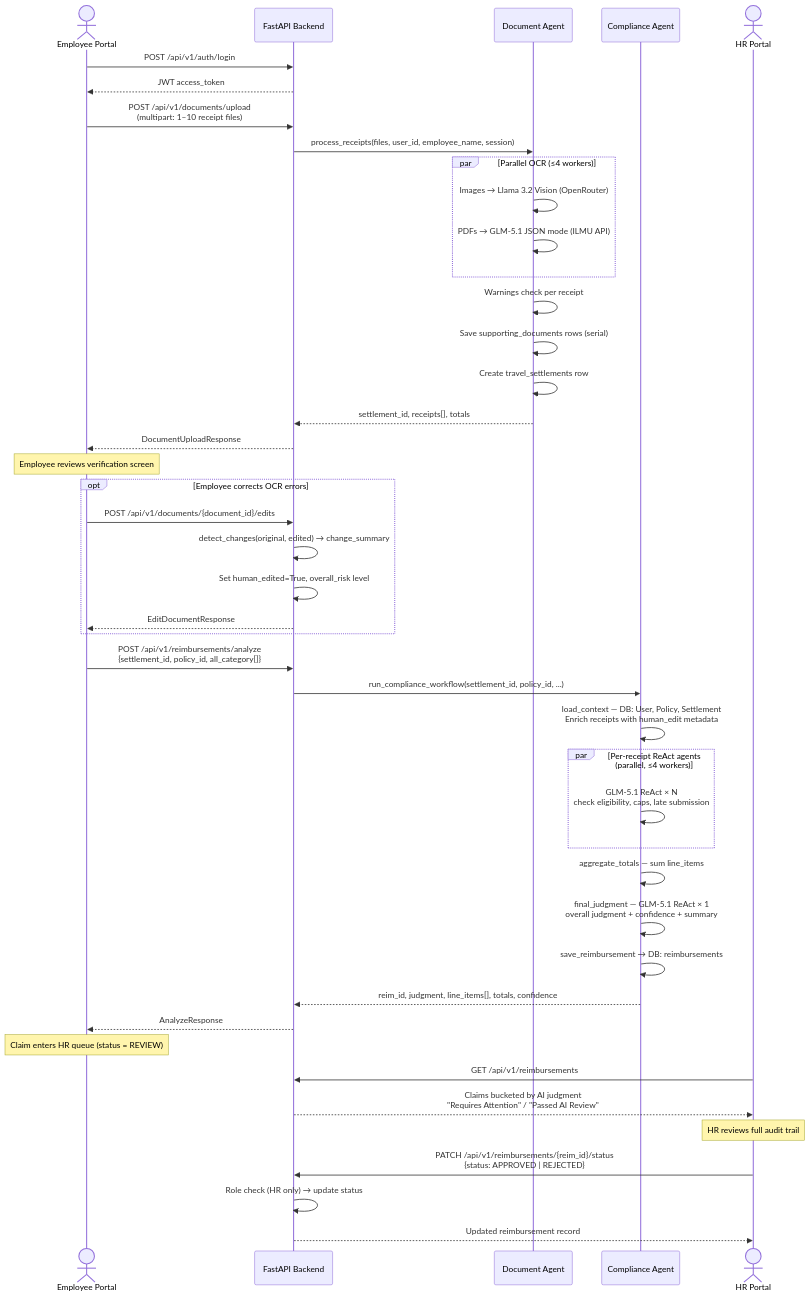
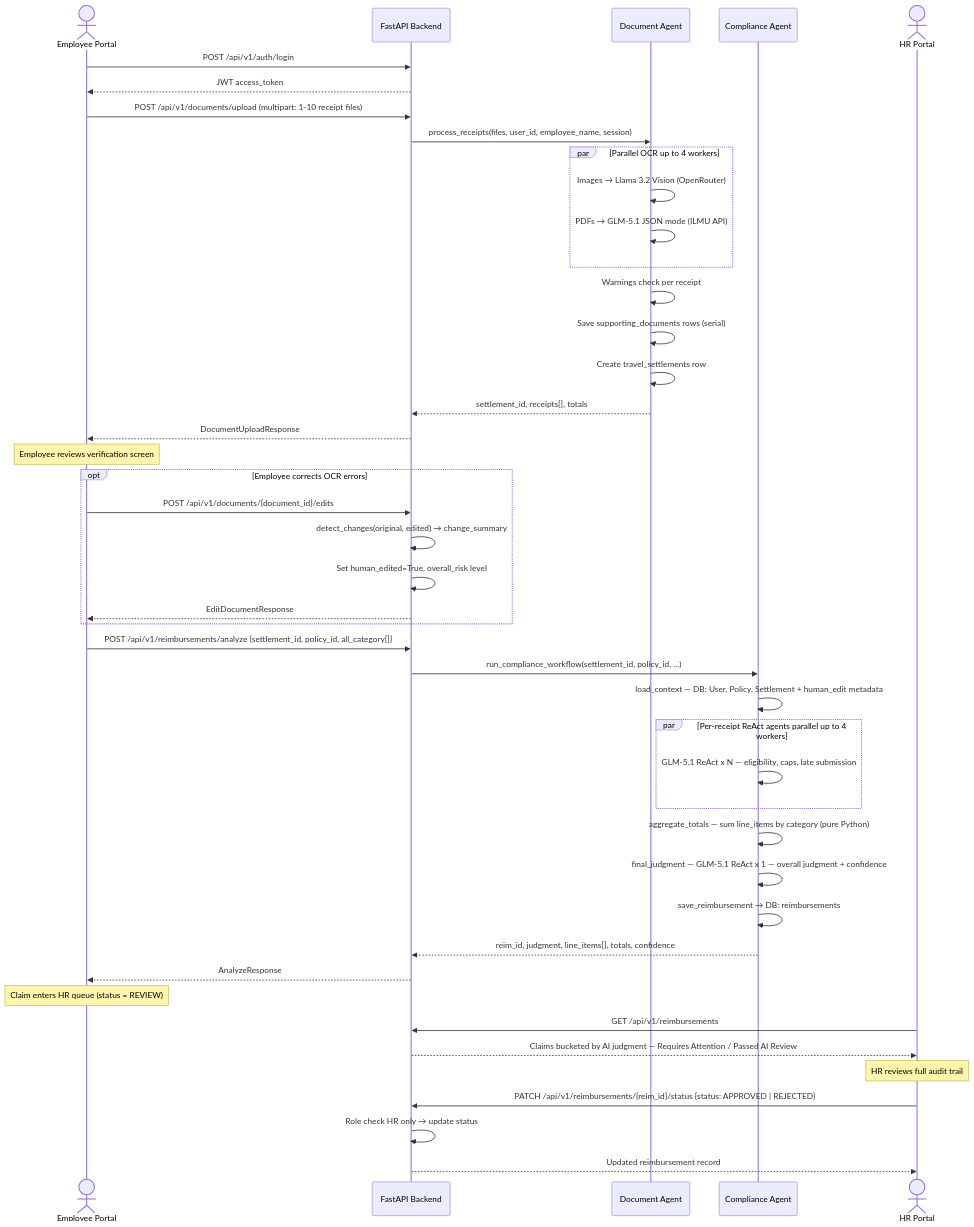
The third of 6 diagrams in docs/ai-templates/sad/SAD_Mermaid_Diagram.md (michaelzhngg/PayPal), drawn with Mermaid before and after one commit. The commit also changed other lines of this file and 1 other file, not shown here.

Commit message:
docs: SAD diagram update

````diff
--- a/docs/ai-templates/sad/SAD_Mermaid_Diagram.md
+++ b/docs/ai-templates/sad/SAD_Mermaid_Diagram.md
@@ -93,63 +87,61 @@
 ```mermaid
 sequenceDiagram
     actor Employee as Employee Portal
     participant API as FastAPI Backend
     participant DocAgent as Document Agent
     participant CompAgent as Compliance Agent
     actor HR as HR Portal
 
     Employee->>API: POST /api/v1/auth/login
     API-->>Employee: JWT access_token
 
-    Employee->>API: POST /api/v1/documents/upload<br/>(multipart: 1–10 receipt files)
+    Employee->>API: POST /api/v1/documents/upload (multipart: 1-10 receipt files)
     API->>DocAgent: process_receipts(files, user_id, employee_name, session)
 
-    par Parallel OCR (≤4 workers)
+    par Parallel OCR up to 4 workers
         DocAgent->>DocAgent: Images → Llama 3.2 Vision (OpenRouter)
         DocAgent->>DocAgent: PDFs → GLM-5.1 JSON mode (ILMU API)
     end
 
     DocAgent->>DocAgent: Warnings check per receipt
     DocAgent->>DocAgent: Save supporting_documents rows (serial)
     DocAgent->>DocAgent: Create travel_settlements row
     DocAgent-->>API: settlement_id, receipts[], totals
     API-->>Employee: DocumentUploadResponse
 
     Note over Employee: Employee reviews verification screen
 
     opt Employee corrects OCR errors
         Employee->>API: POST /api/v1/documents/{document_id}/edits
         API->>API: detect_changes(original, edited) → change_summary
         API->>API: Set human_edited=True, overall_risk level
         API-->>Employee: EditDocumentResponse
     end
 
-    Employee->>API: POST /api/v1/reimbursements/analyze<br/>{settlement_id, policy_id, all_category[]}
+    Employee->>API: POST /api/v1/reimbursements/analyze {settlement_id, policy_id, all_category[]}
     API->>CompAgent: run_compliance_workflow(settlement_id, policy_id, ...)
 
-    CompAgent->>CompAgent: load_context — DB: User, Policy, Settlement<br/>Enrich receipts with human_edit metadata
+    CompAgent->>CompAgent: load_context — DB: User, Policy, Settlement + human_edit metadata
 
-    par Per-receipt ReAct agents (parallel, ≤4 workers)
-        CompAgent->>CompAgent: GLM-5.1 ReAct × N<br/>check eligibility, caps, late submission
+    par Per-receipt ReAct agents parallel up to 4 workers
+        CompAgent->>CompAgent: GLM-5.1 ReAct x N — eligibility, caps, late submission
     end
 
-    CompAgent->>CompAgent: aggregate_totals — sum line_items
-
-    CompAgent->>CompAgent: final_judgment — GLM-5.1 ReAct × 1<br/>overall judgment + confidence + summary
-
+    CompAgent->>CompAgent: aggregate_totals — sum line_items by category (pure Python)
+    CompAgent->>CompAgent: final_judgment — GLM-5.1 ReAct x 1 — overall judgment + confidence
     CompAgent->>CompAgent: save_reimbursement → DB: reimbursements
 
     CompAgent-->>API: reim_id, judgment, line_items[], totals, confidence
     API-->>Employee: AnalyzeResponse
 
     Note over Employee: Claim enters HR queue (status = REVIEW)
 
     HR->>API: GET /api/v1/reimbursements
-    API-->>HR: Claims bucketed by AI judgment<br/>"Requires Attention" / "Passed AI Review"
+    API-->>HR: Claims bucketed by AI judgment — Requires Attention / Passed AI Review
 
     Note over HR: HR reviews full audit trail
 
-    HR->>API: PATCH /api/v1/reimbursements/{reim_id}/status<br/>{status: APPROVED | REJECTED}
-    API->>API: Role check (HR only) → update status
+    HR->>API: PATCH /api/v1/reimbursements/{reim_id}/status {status: APPROVED | REJECTED}
+    API->>API: Role check HR only → update status
     API-->>HR: Updated reimbursement record
 ```
````
